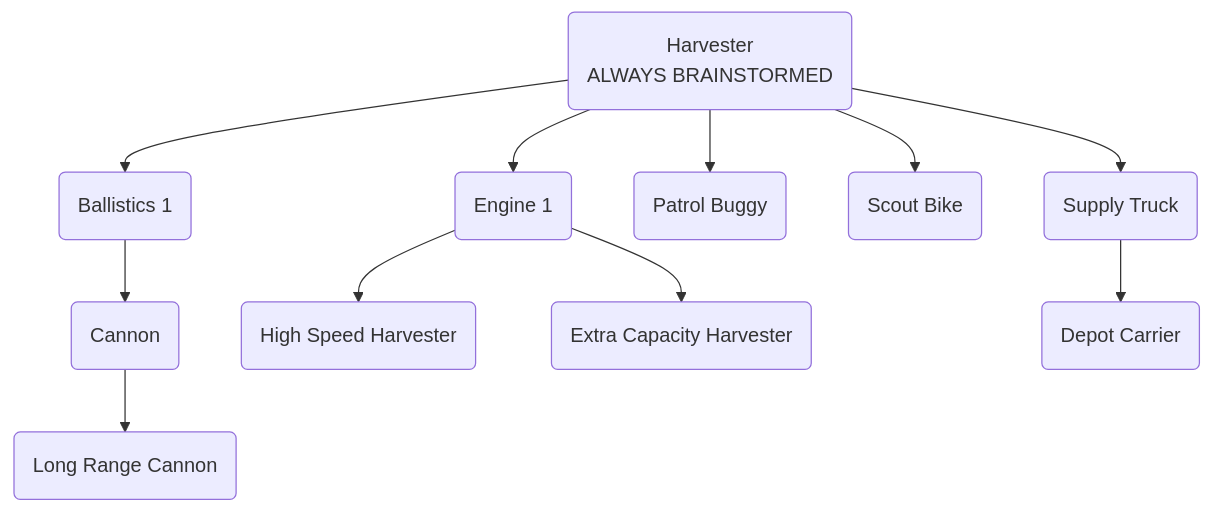
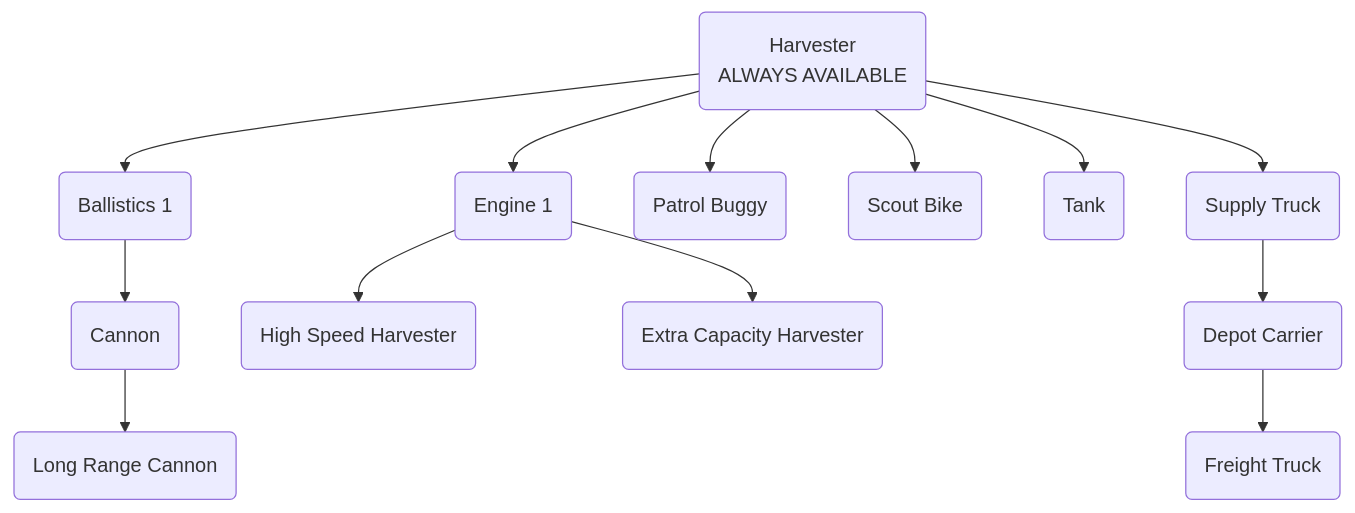
The diagram in README.md (wadcom/kisarra-docs), drawn with Mermaid before and after one commit.

Commit message:
Update tech tree

````diff
--- a/README.md
+++ b/README.md
@@ -289,14 +289,16 @@
 ```mermaid
 graph TD;
-    harvester(Harvester\nALWAYS BRAINSTORMED);
+    harvester(Harvester\nALWAYS AVAILABLE);
     harvester-->ballistics-1(Ballistics 1);
     ballistics-1-->cannon(Cannon);
     cannon-->long-range-cannon(Long Range Cannon);
     harvester-->engine-1(Engine 1);
     engine-1-->high-speed-harvester(High Speed Harvester);
     engine-1-->extra-capacity-harvester(Extra Capacity Harvester);
     harvester-->patrol-buggy(Patrol Buggy);
     harvester-->scout-bike(Scout Bike);
+    harvester-->tank(Tank);
     harvester-->supply-truck(Supply Truck);
     supply-truck-->depot-carrier(Depot Carrier);
+    depot-carrier-->freight-truck(Freight Truck);
 ```
````
